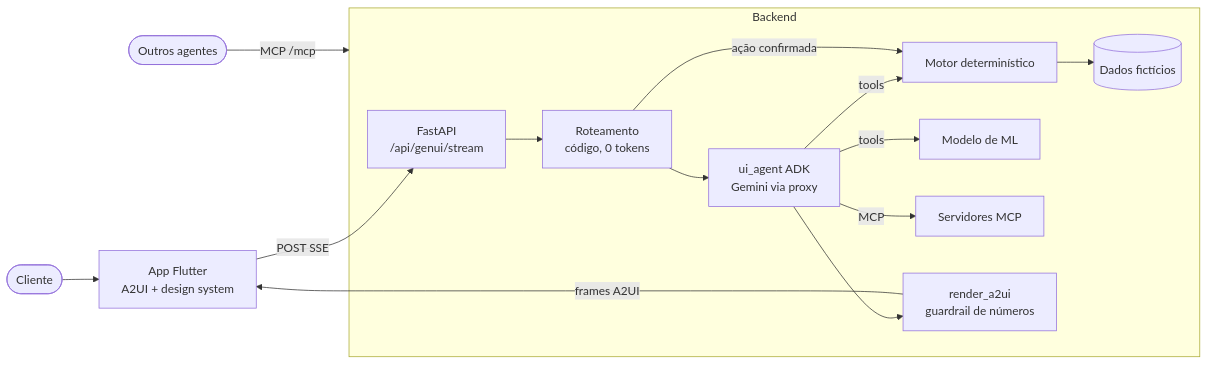
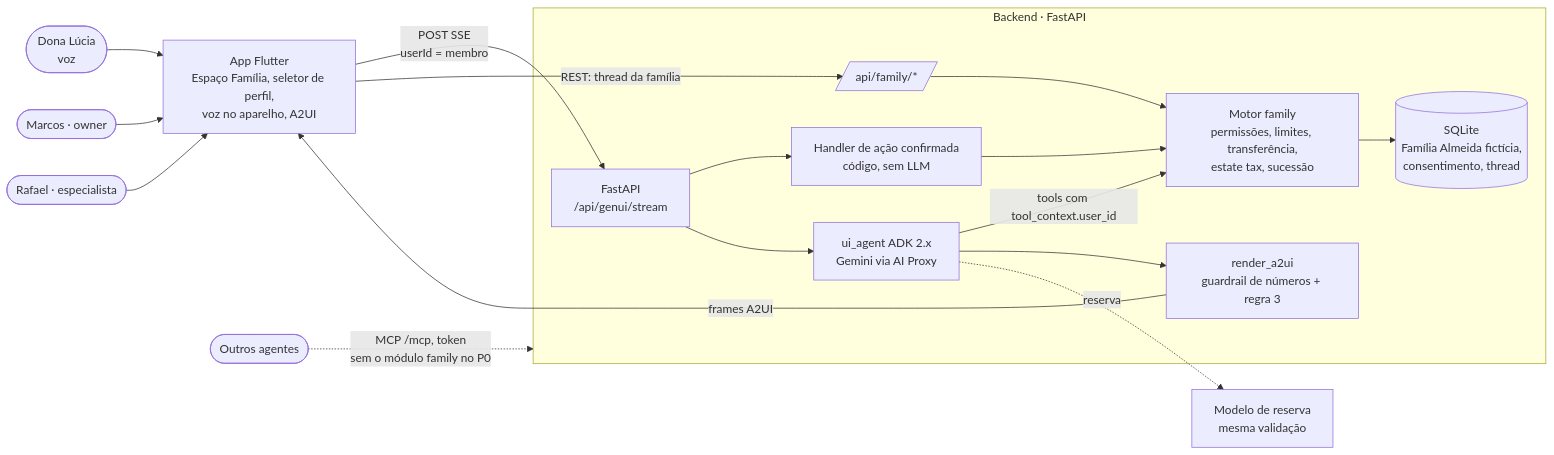
Before and after one commit to derek-alves/hackatom-base-structure: the first of 3 diagrams in docs/hackathon/02-arquitetura.md, drawn with Mermaid. The commit also changed other lines of this file and 12 other files, not shown here.

````diff
--- a/docs/hackathon/02-arquitetura.md
+++ b/docs/hackathon/02-arquitetura.md
@@ -26,17 +37,20 @@
 ```mermaid
 flowchart LR
-  user([Cliente]) --> app[App Flutter<br/>A2UI + design system]
-  app -->|POST SSE| api[FastAPI<br/>/api/genui/stream]
-  subgraph backend[Backend]
-    api --> route[Roteamento<br/>código, 0 tokens]
-    route --> agent[ui_agent ADK<br/>Gemini via proxy]
-    agent -->|tools| engine[Motor determinístico]
-    agent -->|tools| ml[Modelo de ML]
-    agent -->|MCP| ext[Servidores MCP]
-    engine --> db[(Dados fictícios)]
-    agent --> guard[render_a2ui<br/>guardrail de números]
-    route -->|ação confirmada| engine
+  lucia([Dona Lúcia<br/>voz]) --> app
+  marcos([Marcos · owner]) --> app
+  rafael([Rafael · especialista]) --> app
+  app[App Flutter<br/>Espaço Família, seletor de perfil,<br/>voz no aparelho, A2UI] -->|POST SSE<br/>userId = membro| api[FastAPI<br/>/api/genui/stream]
+  app -->|REST: thread da família| fam_api[/api/family/*/]
+  subgraph backend[Backend · FastAPI]
+    api --> exec[Handler de ação confirmada<br/>código, sem LLM]
+    exec --> engine
+    api --> agent[ui_agent ADK 2.x<br/>Gemini via AI Proxy]
+    agent -->|tools com tool_context.user_id| engine[Motor family<br/>permissões, limites, transferência,<br/>estate tax, sucessão]
+    engine --> db[(SQLite<br/>Família Almeida fictícia,<br/>consentimento, thread)]
+    fam_api --> engine
+    agent --> guard[render_a2ui<br/>guardrail de números + regra 3]
   end
   guard -->|frames A2UI| app
-  other([Outros agentes]) -->|MCP /mcp| backend
+  agent -.reserva.-> fb[Modelo de reserva<br/>mesma validação]
+  other([Outros agentes]) -.->|MCP /mcp, token<br/>sem o módulo family no P0| backend
 ```
````
